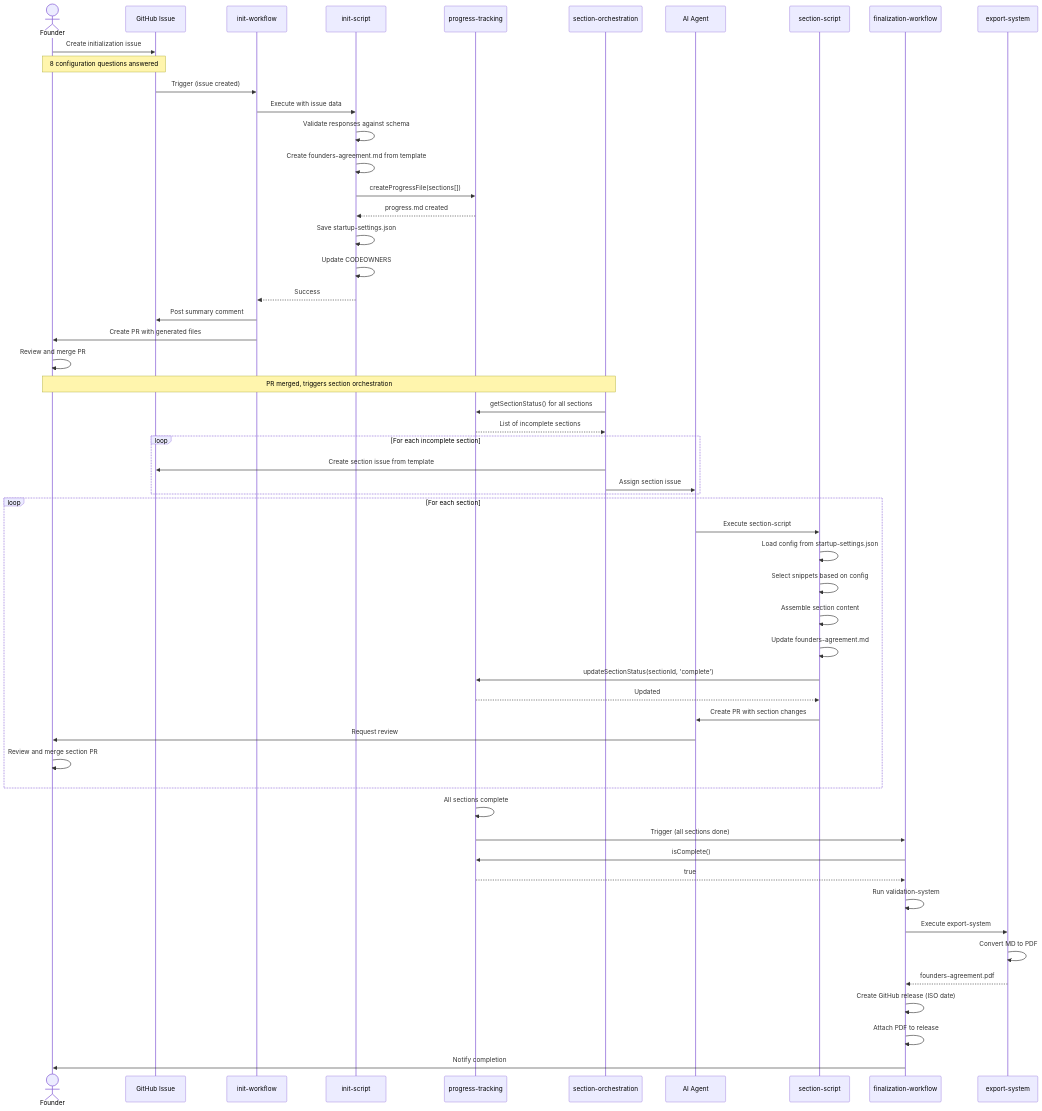
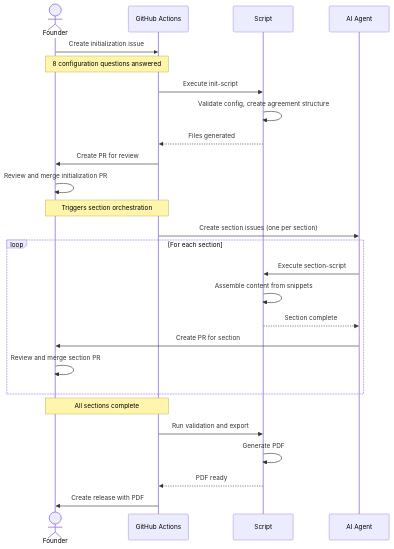
Before and after one commit to Xerilium/catalyst-founders-agreement: the second of 2 diagrams in .xe/specs/blueprint/spec.md, drawn with Mermaid. The commit also changed other lines of this file and 2 other files, not shown here.

First line of the commit message:
Major blueprint refactoring based on PR feedback

````diff
--- a/.xe/specs/blueprint/spec.md
+++ b/.xe/specs/blueprint/spec.md
@@ -101,68 +95,38 @@
 ```mermaid
 sequenceDiagram
     actor Founder
-    participant Issue as GitHub Issue
-    participant InitWF as init-workflow
-    participant InitScript as init-script
-    participant Progress as progress-tracking
-    participant SecOrch as section-orchestration
-    participant AI as AI Agent
-    participant SecScript as section-script
-    participant FinalWF as finalization-workflow
-    participant Export as export-system
+    participant GitHub Actions
+    participant Script
+    participant AI Agent
 
-    Founder->>Issue: Create initialization issue
-    Note over Founder,Issue: 8 configuration questions answered
+    Founder->>GitHub Actions: Create initialization issue
+    Note over Founder,GitHub Actions: 8 configuration questions answered
 
-    Issue->>InitWF: Trigger (issue created)
-    InitWF->>InitScript: Execute with issue data
+    GitHub Actions->>Script: Execute init-script
+    Script->>Script: Validate config, create agreement structure
+    Script-->>GitHub Actions: Files generated
 
-    InitScript->>InitScript: Validate responses against schema
-    InitScript->>InitScript: Create founders-agreement.md from template
-    InitScript->>Progress: createProgressFile(sections[])
-    Progress-->>InitScript: progress.md created
-    InitScript->>InitScript: Save startup-settings.json
-    InitScript->>InitScript: Update CODEOWNERS
-    InitScript-->>InitWF: Success
+    GitHub Actions->>Founder: Create PR for review
 
-    InitWF->>Issue: Post summary comment
-    InitWF->>Founder: Create PR with generated files
+    Founder->>Founder: Review and merge initialization PR
 
-    Founder->>Founder: Review and merge PR
+    Note over Founder,GitHub Actions: Triggers section orchestration
 
-    Note over Founder,SecOrch: PR merged, triggers section orchestration
-
-    SecOrch->>Progress: getSectionStatus() for all sections
-    Progress-->>SecOrch: List of incomplete sections
-
-    loop For each incomplete section
-        SecOrch->>Issue: Create section issue from template
-        SecOrch->>AI: Assign section issue
-    end
+    GitHub Actions->>AI Agent: Create section issues (one per section)
 
     loop For each section
-        AI->>SecScript: Execute section-script
-        SecScript->>SecScript: Load config from startup-settings.json
-        SecScript->>SecScript: Select snippets based on config
-        SecScript->>SecScript: Assemble section content
-        SecScript->>SecScript: Update founders-agreement.md
-        SecScript->>Progress: updateSectionStatus(sectionId, 'complete')
-        Progress-->>SecScript: Updated
-        SecScript->>AI: Create PR with section changes
-        AI->>Founder: Request review
+        AI Agent->>Script: Execute section-script
+        Script->>Script: Assemble content from snippets
+        Script-->>AI Agent: Section complete
+        AI Agent->>Founder: Create PR for section
         Founder->>Founder: Review and merge section PR
     end
 
-    Progress->>Progress: All sections complete
-    Progress->>FinalWF: Trigger (all sections done)
+    Note over Founder,GitHub Actions: All sections complete
 
-    FinalWF->>Progress: isComplete()
-    Progress-->>FinalWF: true
-    FinalWF->>FinalWF: Run validation-system
-    FinalWF->>Export: Execute export-system
-    Export->>Export: Convert MD to PDF
-    Export-->>FinalWF: founders-agreement.pdf
-    FinalWF->>FinalWF: Create GitHub release (ISO date)
-    FinalWF->>FinalWF: Attach PDF to release
-    FinalWF->>Founder: Notify completion
+    GitHub Actions->>Script: Run validation and export
+    Script->>Script: Generate PDF
+    Script-->>GitHub Actions: PDF ready
+
+    GitHub Actions->>Founder: Create release with PDF
 ```
````
